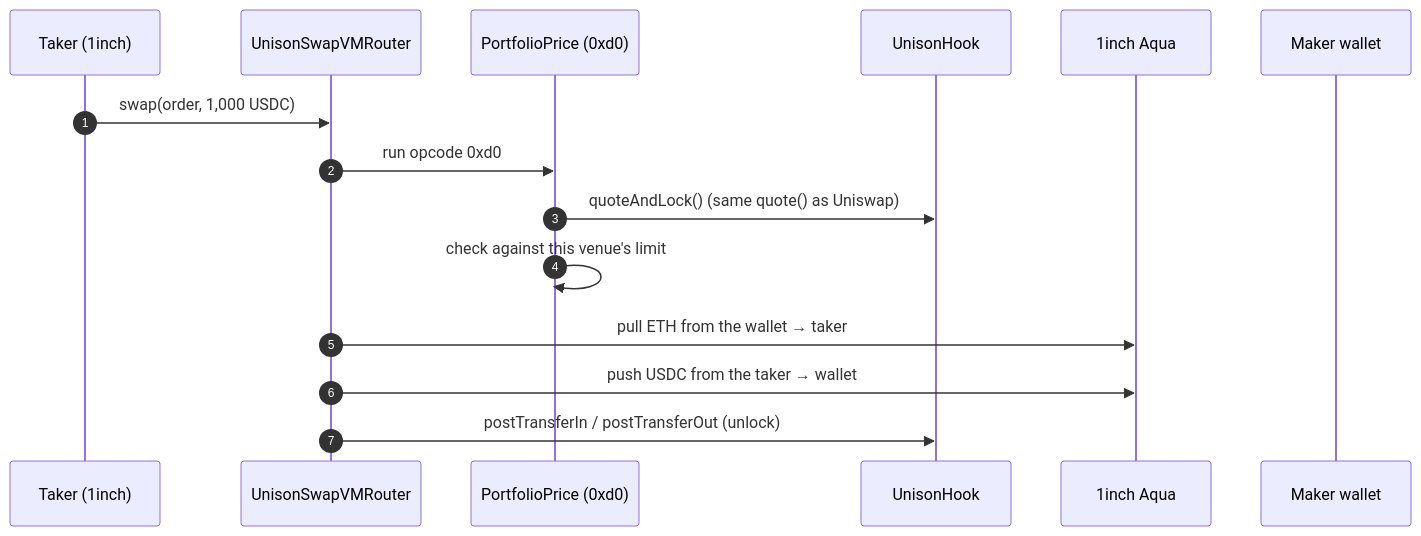
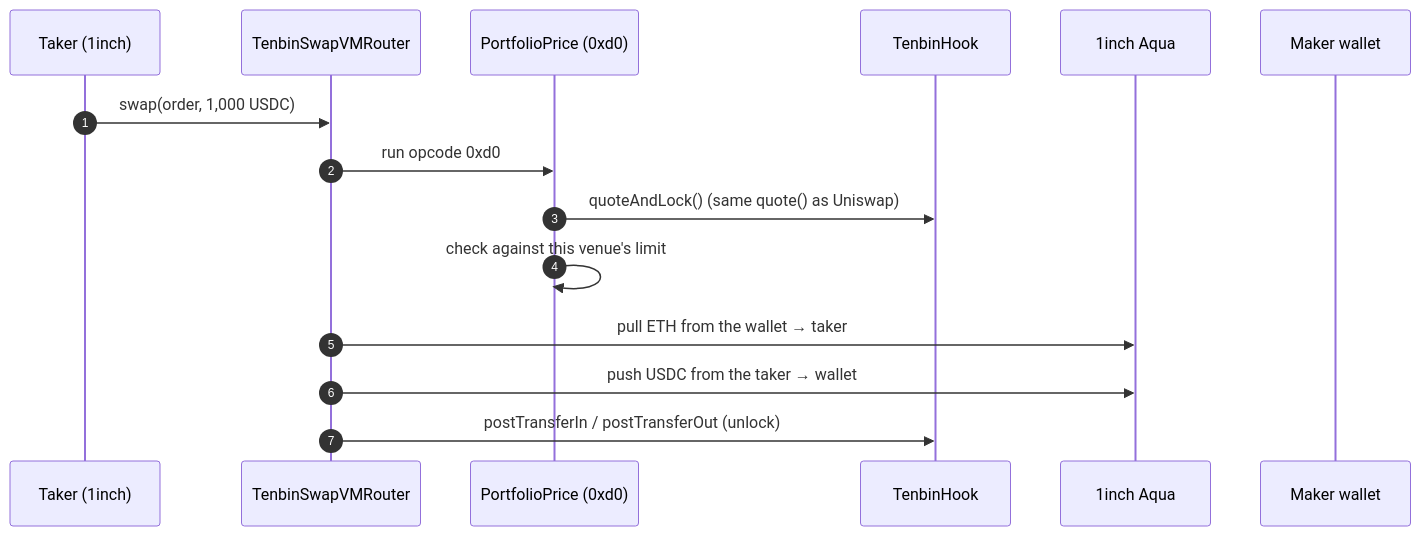
Before and after one commit to Abhist17/mohur: the third of 7 diagrams in docs/explained.md, drawn with Mermaid. The commit also changed other lines of this file and 157 other files, not shown here.

````diff
--- a/docs/explained.md
+++ b/docs/explained.md
@@ -100,17 +100,17 @@
 ```mermaid
 sequenceDiagram
     autonumber
     participant T as Taker (1inch)
-    participant VM as UnisonSwapVMRouter
+    participant VM as TenbinSwapVMRouter
     participant PP as PortfolioPrice (0xd0)
-    participant H as UnisonHook
+    participant H as TenbinHook
     participant AQ as 1inch Aqua
     participant W as Maker wallet
     T->>VM: swap(order, 1,000 USDC)
     VM->>PP: run opcode 0xd0
     PP->>H: quoteAndLock() (same quote() as Uniswap)
     PP->>PP: check against this venue's limit
     VM->>AQ: pull ETH from the wallet → taker
     VM->>AQ: push USDC from the taker → wallet
     VM->>H: postTransferIn / postTransferOut (unlock)
 ```
````
